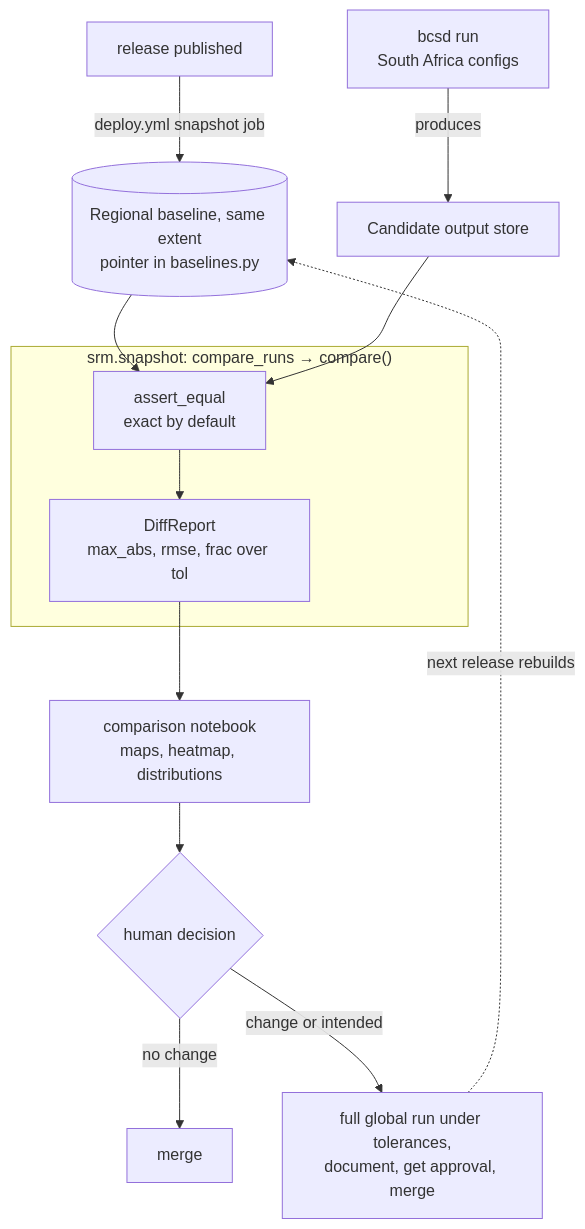
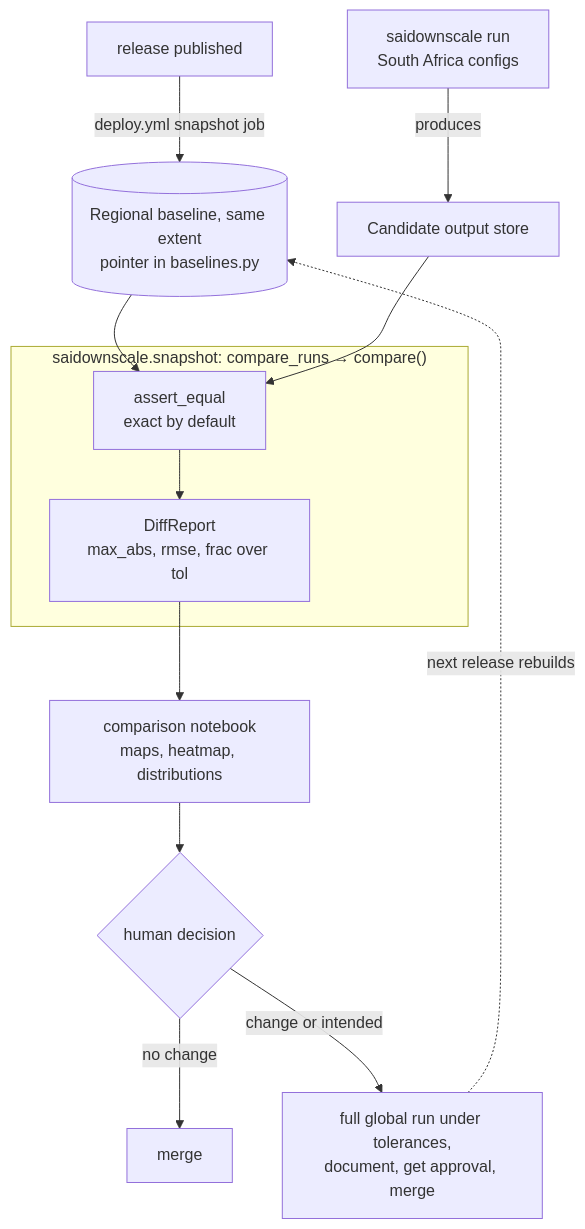
Before and after one commit to carbonplan/sai-downscaling: the diagram in docs/explanation/snapshot-testing.md, drawn with Mermaid. The commit also changed other lines of this file and 201 other files, not shown here.

````diff
--- a/docs/explanation/snapshot-testing.md
+++ b/docs/explanation/snapshot-testing.md
@@ -9,19 +9,19 @@
 ```mermaid
 graph TB
     REL[release published] -->|deploy.yml snapshot job| SNAP
-    RUN[bcsd run<br/>South Africa configs] -->|produces| CAND[Candidate output store]
+    RUN[saidownscale run<br/>South Africa configs] -->|produces| CAND[Candidate output store]
     SNAP[("Regional baseline, same extent<br/>pointer in baselines.py")]
 
     SNAP --> CMP
     CAND --> CMP
 
-    subgraph "srm.snapshot: compare_runs → compare()"
+    subgraph "saidownscale.snapshot: compare_runs → compare()"
         CMP["assert_equal<br/>exact by default"] --> REP["DiffReport<br/>max_abs, rmse, frac over tol"]
     end
 
     REP --> NB[comparison notebook<br/>maps, heatmap, distributions]
     NB --> V{human decision}
     V -->|no change| MERGE["merge"]
     V -->|change or intended| GLOBAL["full global run under tolerances,<br/>document, get approval, merge"]
     GLOBAL -.->|next release rebuilds| SNAP
 ```
````
